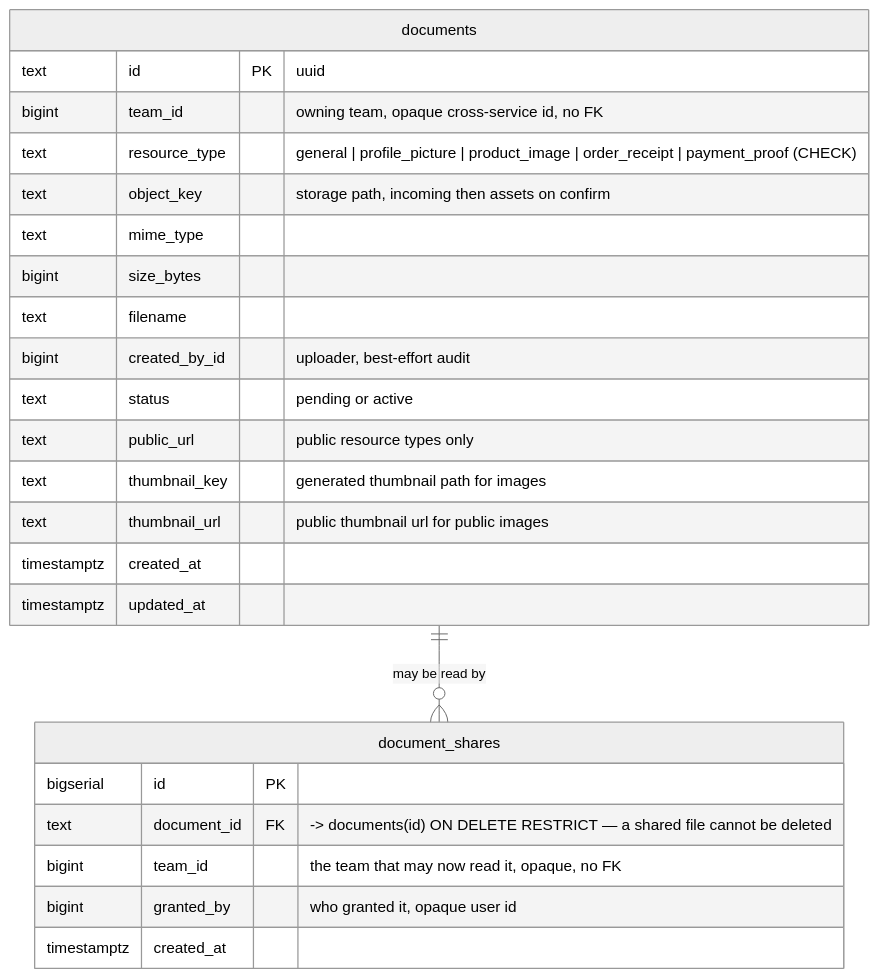
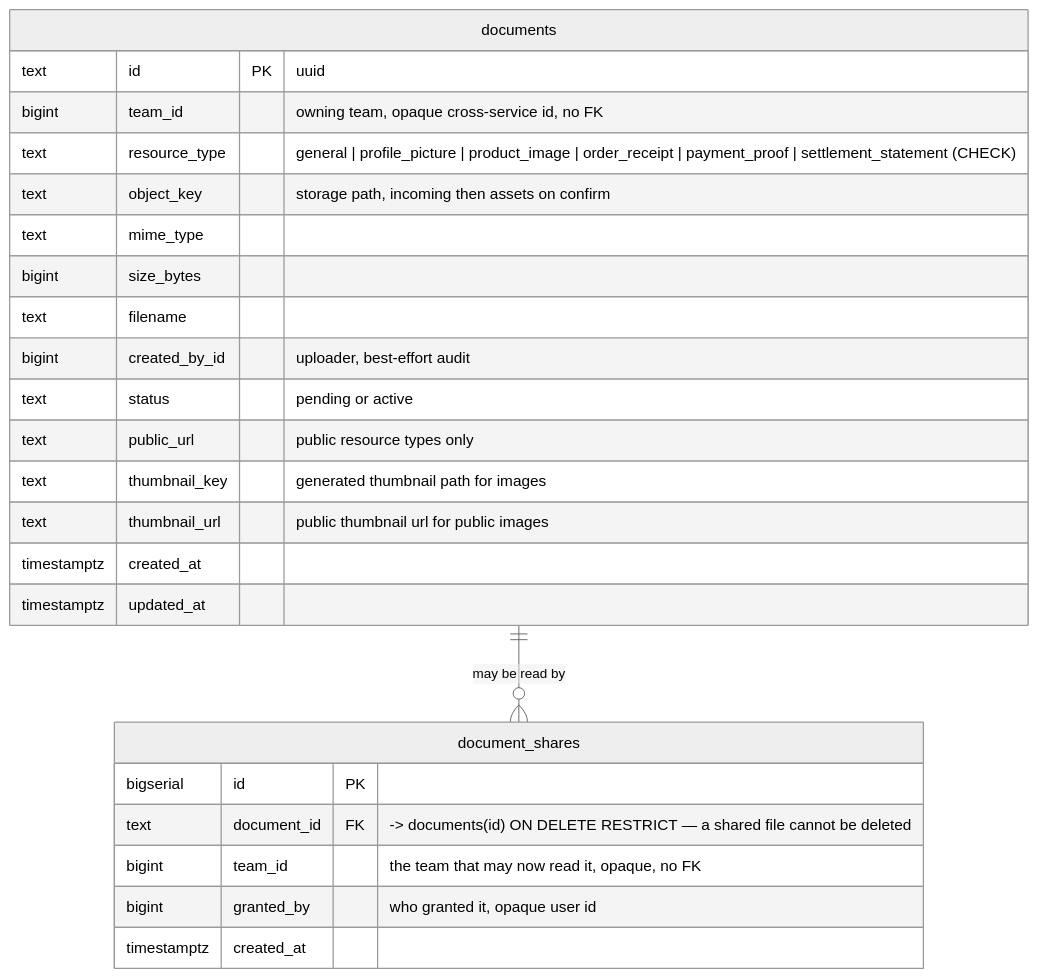
One commit to pdcgo/warehouse_revamp changed the seventh of 14 diagrams in docs/database-schema.md. Above: the diagram before and after it, drawn with Mermaid (neutral theme). The commit also changed other lines of this file and 7 other files, not shown here.

First line of the commit message:
document: a private SETTLEMENT_STATEMENT resource type

````diff
--- a/docs/database-schema.md
+++ b/docs/database-schema.md
@@ -541,29 +541,29 @@
 ```mermaid
 erDiagram
     documents ||--o{ document_shares : "may be read by"
 
     documents {
         text        id            PK "uuid"
         bigint      team_id       "owning team, opaque cross-service id, no FK"
-        text        resource_type "general | profile_picture | product_image | order_receipt | payment_proof (CHECK)"
+        text        resource_type "general | profile_picture | product_image | order_receipt | payment_proof | settlement_statement (CHECK)"
         text        object_key    "storage path, incoming then assets on confirm"
         text        mime_type
         bigint      size_bytes
         text        filename
         bigint      created_by_id "uploader, best-effort audit"
         text        status        "pending or active"
         text        public_url    "public resource types only"
         text        thumbnail_key "generated thumbnail path for images"
         text        thumbnail_url "public thumbnail url for public images"
         timestamptz created_at
         timestamptz updated_at
     }
 
     document_shares {
         bigserial   id          PK
         text        document_id FK "-> documents(id) ON DELETE RESTRICT — a shared file cannot be deleted"
         bigint      team_id     "the team that may now read it, opaque, no FK"
         bigint      granted_by  "who granted it, opaque user id"
         timestamptz created_at
     }
 ```
````
